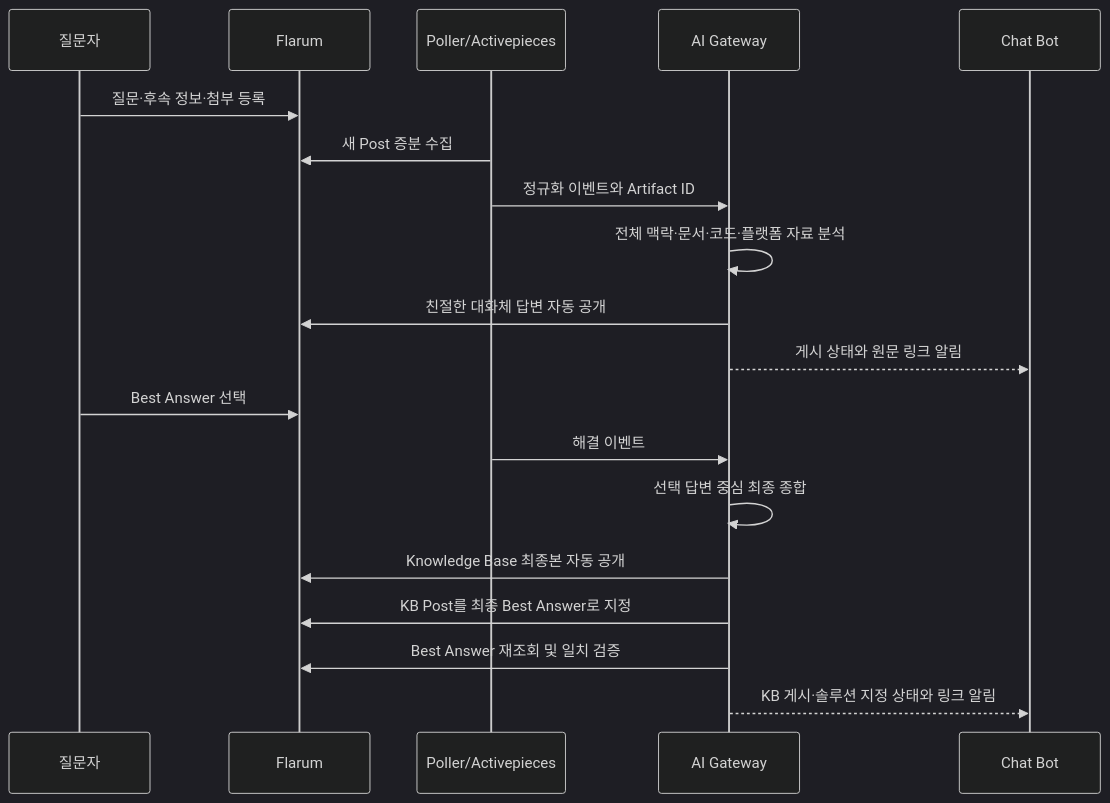
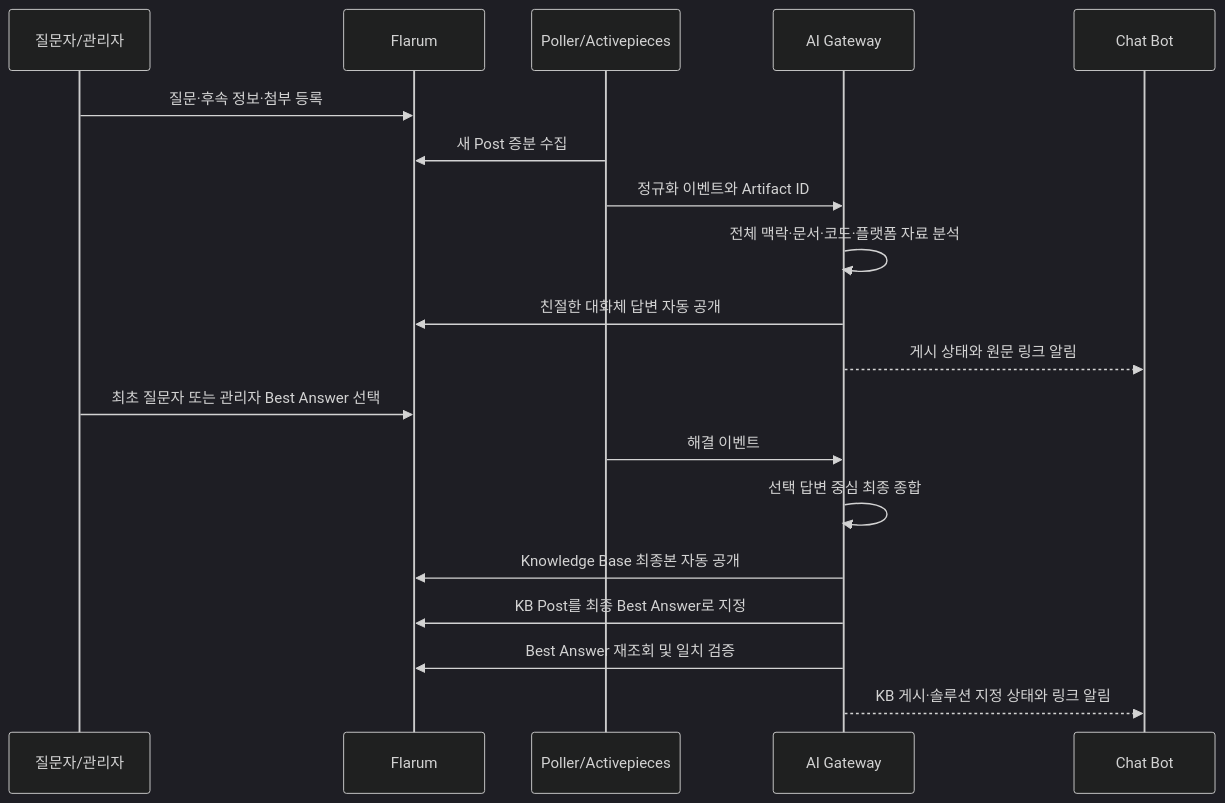
Before and after one commit to ablecloud-team/ablestack-techflow: the diagram in docs/plans/issue-69-community-auto-publish-kb-design.md, drawn with Mermaid (dark theme). The commit also changed other lines of this file and 22 other files, not shown here.

Commit message:
feat: 질문자 또는 관리자 KB 승인 지원

````diff
--- a/docs/plans/issue-69-community-auto-publish-kb-design.md
+++ b/docs/plans/issue-69-community-auto-publish-kb-design.md
@@ -9,22 +9,22 @@
 ```mermaid
 sequenceDiagram
-    participant U as 질문자
+    participant U as 질문자/관리자
     participant F as Flarum
     participant P as Poller/Activepieces
     participant G as AI Gateway
     participant C as Chat Bot
 
     U->>F: 질문·후속 정보·첨부 등록
     P->>F: 새 Post 증분 수집
     P->>G: 정규화 이벤트와 Artifact ID
     G->>G: 전체 맥락·문서·코드·플랫폼 자료 분석
     G->>F: 친절한 대화체 답변 자동 공개
     G-->>C: 게시 상태와 원문 링크 알림
-    U->>F: Best Answer 선택
+    U->>F: 최초 질문자 또는 관리자 Best Answer 선택
     P->>G: 해결 이벤트
     G->>G: 선택 답변 중심 최종 종합
     G->>F: Knowledge Base 최종본 자동 공개
     G->>F: KB Post를 최종 Best Answer로 지정
     G->>F: Best Answer 재조회 및 일치 검증
     G-->>C: KB 게시·솔루션 지정 상태와 링크 알림
 ```
````
